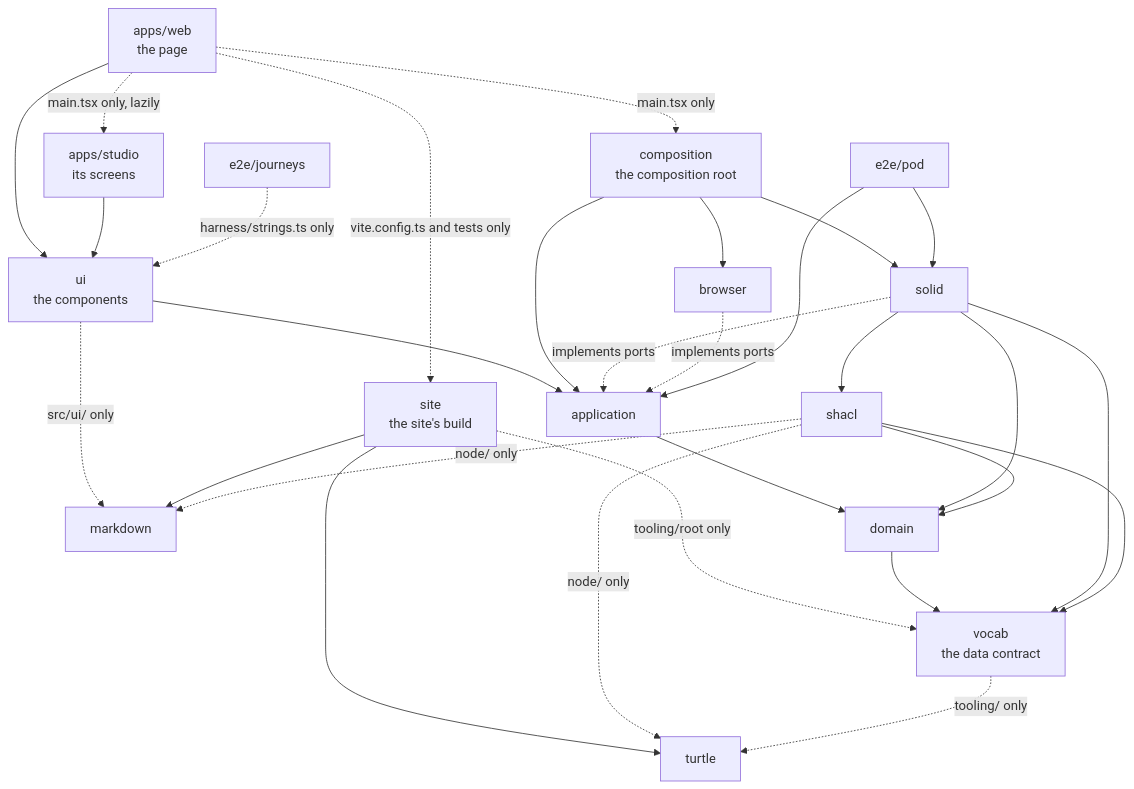
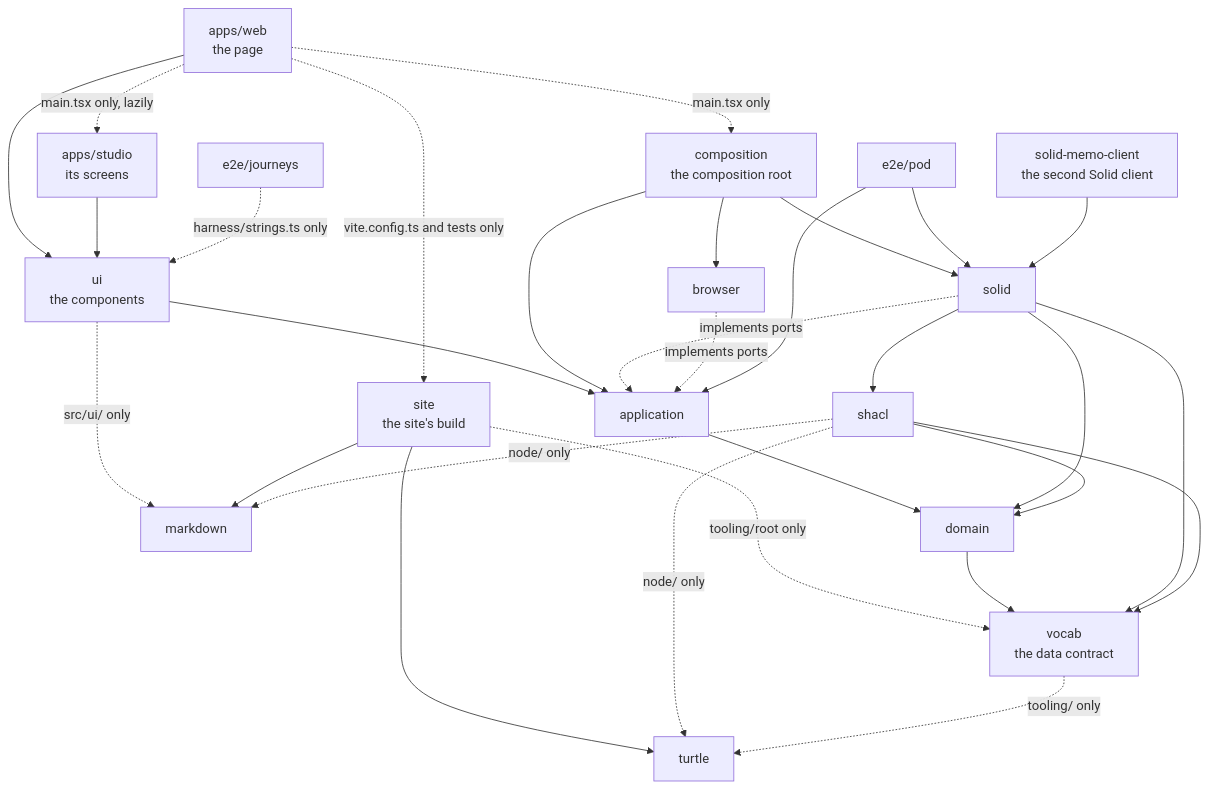
One commit to solid-memo/website changed the diagram in docs/architecture.md. Above: the diagram before and after it, drawn with Mermaid. The commit also changed other lines of this file and 8 other files, not shown here.

First line of the commit message:
docs: describe solid-memo-client and how to switch to it

````diff
--- a/docs/architecture.md
+++ b/docs/architecture.md
@@ -39,24 +40,25 @@
 ```mermaid
 graph TD
     accTitle: Package dependencies
     accDescr: Which packages import which, with a dotted arrow where an import is allowed only from certain files.
     web["apps/web<br/>the page"] --> ui["ui<br/>the components"]
     web -. "main.tsx only, lazily" .-> studio["apps/studio<br/>its screens"]
     studio --> ui
     ui --> application
     web -. "main.tsx only" .-> composition["composition<br/>the composition root"]
     composition --> application & solid & browser
     ui -. src/ui/ only .-> markdown
     web -. "vite.config.ts and tests only" .-> site["site<br/>the site's build"]
     site -. "tooling/root only" .-> vocab
     site --> turtle & markdown
     application --> domain --> vocab["vocab<br/>the data contract"]
     solid -. implements ports .-> application
     solid --> domain & vocab & shacl
     browser -. implements ports .-> application
     shacl --> domain & vocab
     shacl -. node/ only .-> turtle & markdown
     vocab -. tooling/ only .-> turtle
     e2e["e2e/pod"] --> application & solid
+    client["solid-memo-client<br/>the second Solid client"] --> solid
     journeys["e2e/journeys"] -. "harness/strings.ts only" .-> ui
 ```
````
